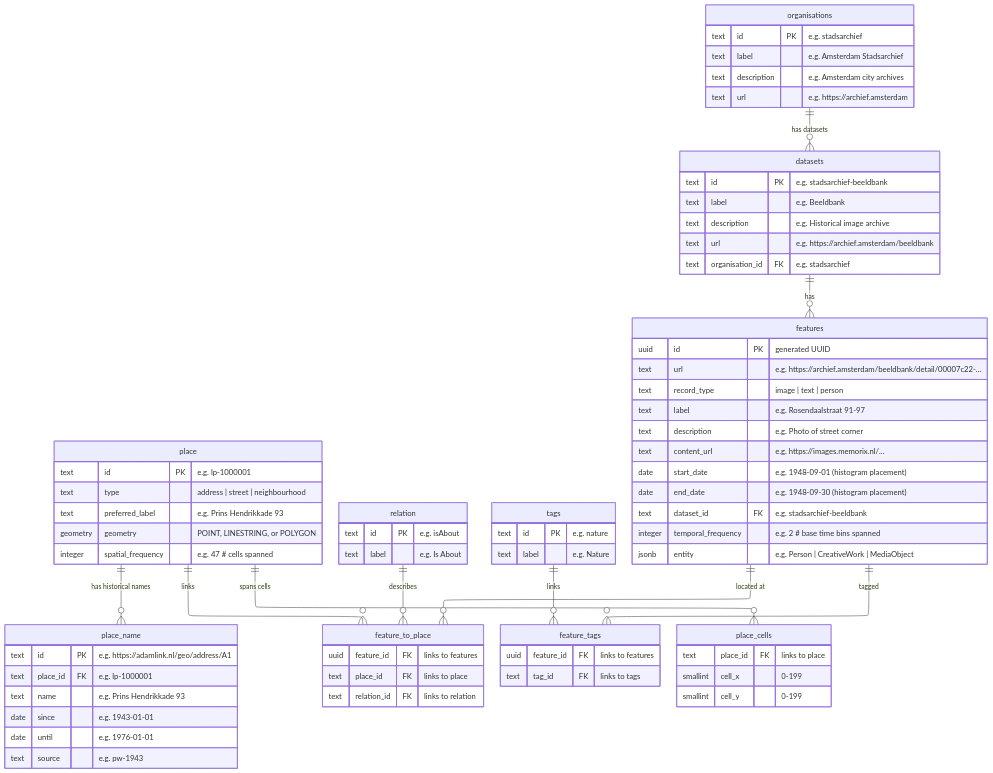
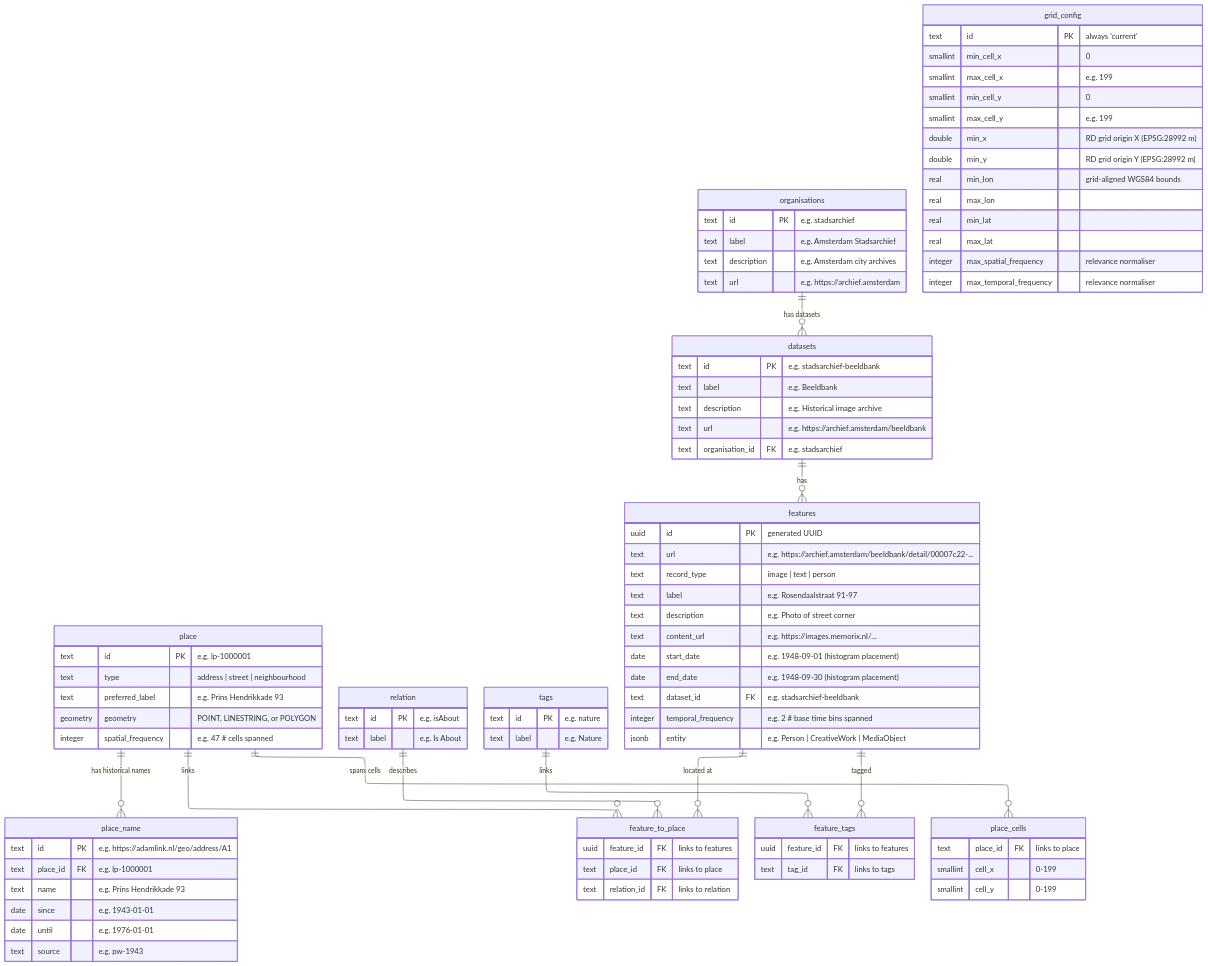
Before and after one commit to amsterdamtimemachine/data-index: the diagram in README.md, drawn with Mermaid. The commit also changed other lines of this file and 6 other files, not shown here.

```diff
--- a/README.md
+++ b/README.md
@@ -86,6 +86,22 @@
         smallint cell_y  "0-199"
     }
 
+    grid_config {
+        text id PK "always 'current'"
+        smallint min_cell_x  "0"
+        smallint max_cell_x  "e.g. 199"
+        smallint min_cell_y  "0"
+        smallint max_cell_y  "e.g. 199"
+        double min_x  "RD grid origin X (EPSG:28992 m)"
+        double min_y  "RD grid origin Y (EPSG:28992 m)"
+        real min_lon  "grid-aligned WGS84 bounds"
+        real max_lon
+        real min_lat
+        real max_lat
+        integer max_spatial_frequency  "relevance normaliser"
+        integer max_temporal_frequency  "relevance normaliser"
+    }
+
     features {
         uuid id PK "generated UUID"
         text url  "e.g. https://archief.amsterdam/beeldbank/detail/00007c22-..."
```
